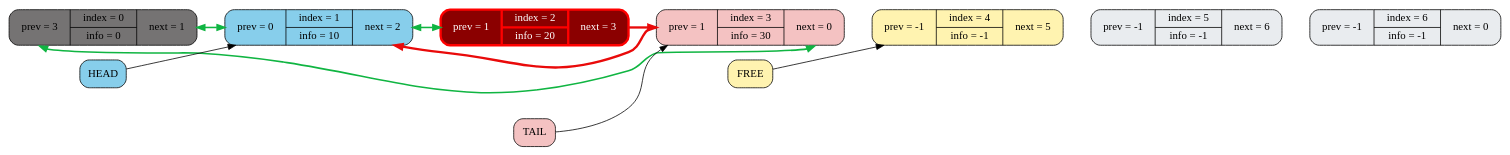
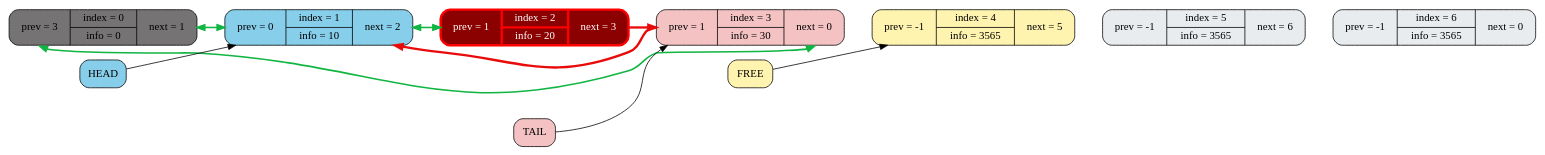
One commit to NikolayNetreba/Task5 changed the diagram in dumps/graph_9.dot. Above: the diagram before and after it, drawn with Graphviz. The commit also changed 38 other files, not shown here.

```diff
--- a/dumps/graph_9.dot
+++ b/dumps/graph_9.dot
@@ -1,28 +1,28 @@
 digraph g{ 
 rankdir=LR; 
 node [shape=Mrecord; style=filled;];
 node0 [label = "{<prev> prev = 3 | { index = 0 | info = 0 } | <next> next = 1}"; fillcolor="#757373"; fontcolor="black"; color="black"; penwidth=1.0];
 node1 [label = "{<prev> prev = 0 | { index = 1 | info = 10 } | <next> next = 2}"; fillcolor="#87CEEB"; fontcolor="black"; color="black"; penwidth=1.0];
 node2 [label = "{<prev> prev = 1 | { index = 2 | info = 20 } | <next> next = 3}"; fillcolor="#8b0000"; fontcolor="white"; color="#ff0000"; penwidth=3.0];
 node3 [label = "{<prev> prev = 1 | { index = 3 | info = 30 } | <next> next = 0}"; fillcolor="#F4C2C2"; fontcolor="black"; color="black"; penwidth=1.0];
-node4 [label = "{<prev> prev = -1 | { index = 4 | info = -1 } | <next> next = 5}"; fillcolor="#FFF3B0"; fontcolor="black"; color="black"; penwidth=1.0];
-node5 [label = "{<prev> prev = -1 | { index = 5 | info = -1 } | <next> next = 6}"; fillcolor="#E9ECEF"; fontcolor="black"; color="black"; penwidth=1.0];
-node6 [label = "{<prev> prev = -1 | { index = 6 | info = -1 } | <next> next = 0}"; fillcolor="#E9ECEF"; fontcolor="black"; color="black"; penwidth=1.0];
+node4 [label = "{<prev> prev = -1 | { index = 4 | info = 3565 } | <next> next = 5}"; fillcolor="#FFF3B0"; fontcolor="black"; color="black"; penwidth=1.0];
+node5 [label = "{<prev> prev = -1 | { index = 5 | info = 3565 } | <next> next = 6}"; fillcolor="#E9ECEF"; fontcolor="black"; color="black"; penwidth=1.0];
+node6 [label = "{<prev> prev = -1 | { index = 6 | info = 3565 } | <next> next = 0}"; fillcolor="#E9ECEF"; fontcolor="black"; color="black"; penwidth=1.0];
 node0 -> node1 [style=invis, weight=100];
 node1 -> node2 [style=invis, weight=100];
 node2 -> node3 [style=invis, weight=100];
 node3 -> node4 [style=invis, weight=100];
 node4 -> node5 [style=invis, weight=100];
 node5 -> node6 [style=invis, weight=100];
 node0:next -> node1:prev [color="#10b542", dir="both", penwidth=2.0, constraint=false];
 node1:next -> node2:prev [color="#10b542", dir="both", penwidth=2.0, constraint=false];
 node2:next -> node3 [color="#e90a0a", penwidth=3.0, constraint=false];
 node3:next -> node0:prev [color="#10b542", dir="both", penwidth=2.0, constraint=false];
 node3:prev -> node1 [color="#e90a0a", penwidth=3.0, constraint=false];
 HEAD [shape=box, style="filled, rounded", fillcolor="#87CEEB", label="HEAD"];
 TAIL [shape=box, style="filled, rounded", fillcolor="#F4C2C2", label="TAIL"];
 FREE [shape=box, style="filled, rounded", fillcolor="#FFF3B0", label="FREE"];
 HEAD -> node1 [color=black];
 TAIL -> node3 [color=black];
 FREE -> node4 [color=black];
 }
```
